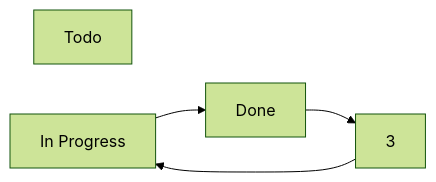
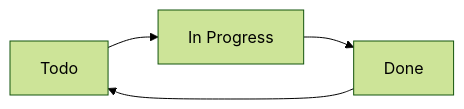
The diagram in tests/DocumentationSamples/DocsSamplesForStatuses.test.DefaultStatuses_todo-in_progress-done.approved.mermaid.md (obsidian-tasks-group/obsidian-tasks), drawn with Mermaid (forest theme) before and after one commit. The commit also changed 1 other file, not shown here.

Commit message:
test: Make indices of nodes and edges consistent in Mermaid diagram

````diff
--- a/tests/DocumentationSamples/DocsSamplesForStatuses.test.DefaultStatuses_todo-in_progress-done.approved.mermaid.md
+++ b/tests/DocumentationSamples/DocsSamplesForStatuses.test.DefaultStatuses_todo-in_progress-done.approved.mermaid.md
@@ -2,9 +2,9 @@
 ```mermaid
 flowchart LR
-0[Todo]
-1[In Progress]
-2[Done];
+1[Todo]
+2[In Progress]
+3[Done];
 1 --> 2
 2 --> 3
 3 --> 1;
 ```
````
